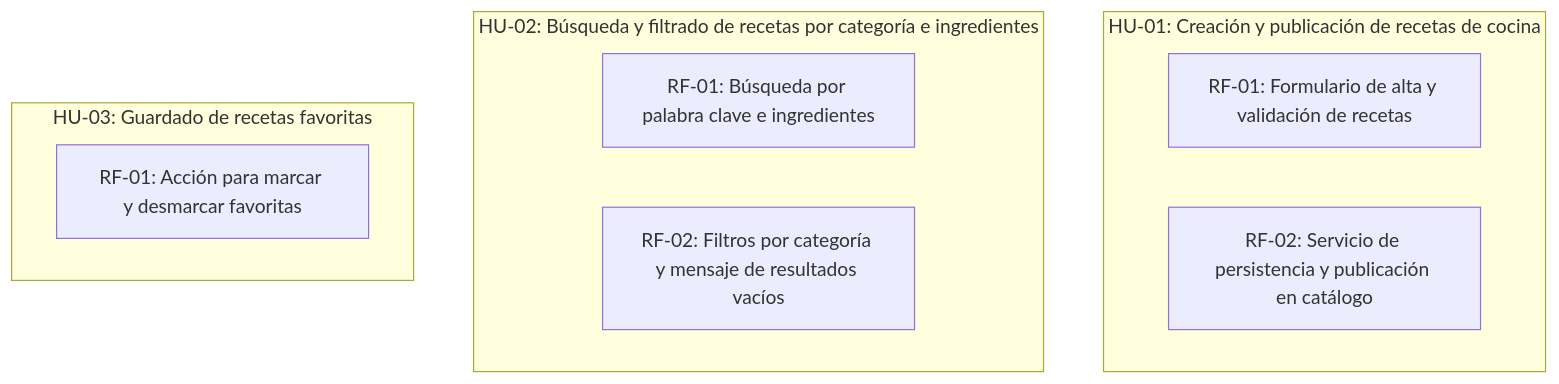
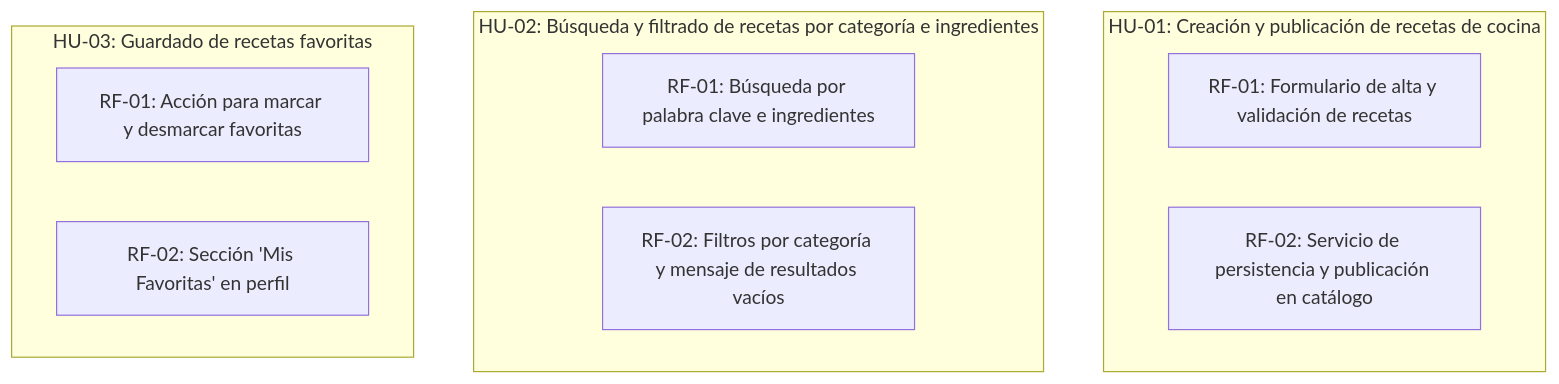
Before and after one commit to SVGiannoni/RecetasPanaRossi: the diagram in scrumDocs/grafo.md, drawn with Mermaid. The commit also changed other lines of this file, not shown here.

````diff
--- a/scrumDocs/grafo.md
+++ b/scrumDocs/grafo.md
@@ -5,14 +5,15 @@
 ```mermaid
 graph TD
   subgraph US_1788784804716["HU-01: Creación y publicación de recetas de cocina"]
     REQ_1788785182545["RF-01: Formulario de alta y validación de recetas"]
     REQ_1788785196739["RF-02: Servicio de persistencia y publicación en catálogo"]
   end
   subgraph US_1788784817567["HU-02: Búsqueda y filtrado de recetas por categoría e ingredientes"]
     REQ_1788785446610["RF-01: Búsqueda por palabra clave e ingredientes"]
     REQ_1788785477255["RF-02: Filtros por categoría y mensaje de resultados vacíos"]
   end
   subgraph US_1788784829317["HU-03: Guardado de recetas favoritas"]
     REQ_1788785498187["RF-01: Acción para marcar y desmarcar favoritas"]
+    REQ_1788785510602["RF-02: Sección 'Mis Favoritas' en perfil"]
   end
 ```
````
